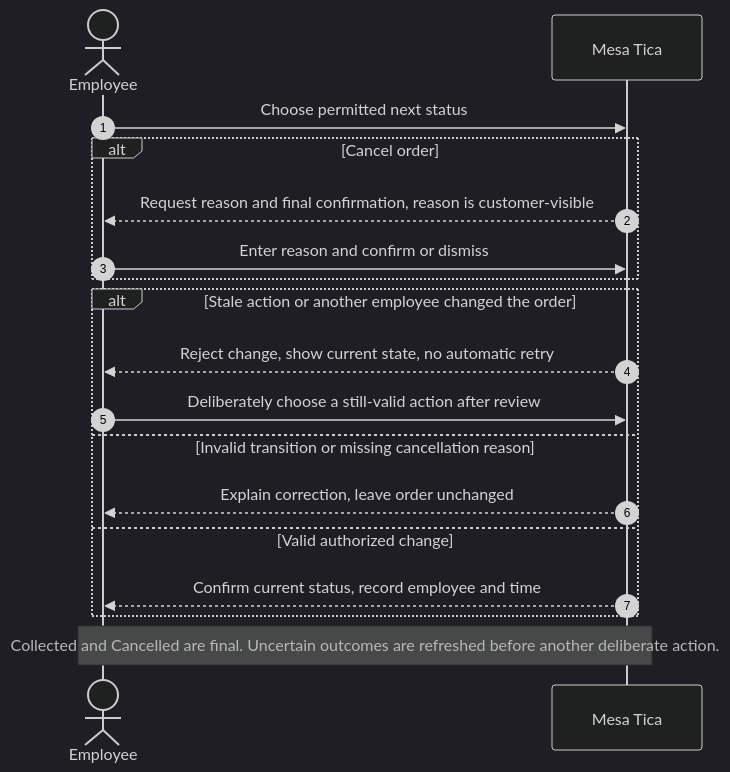
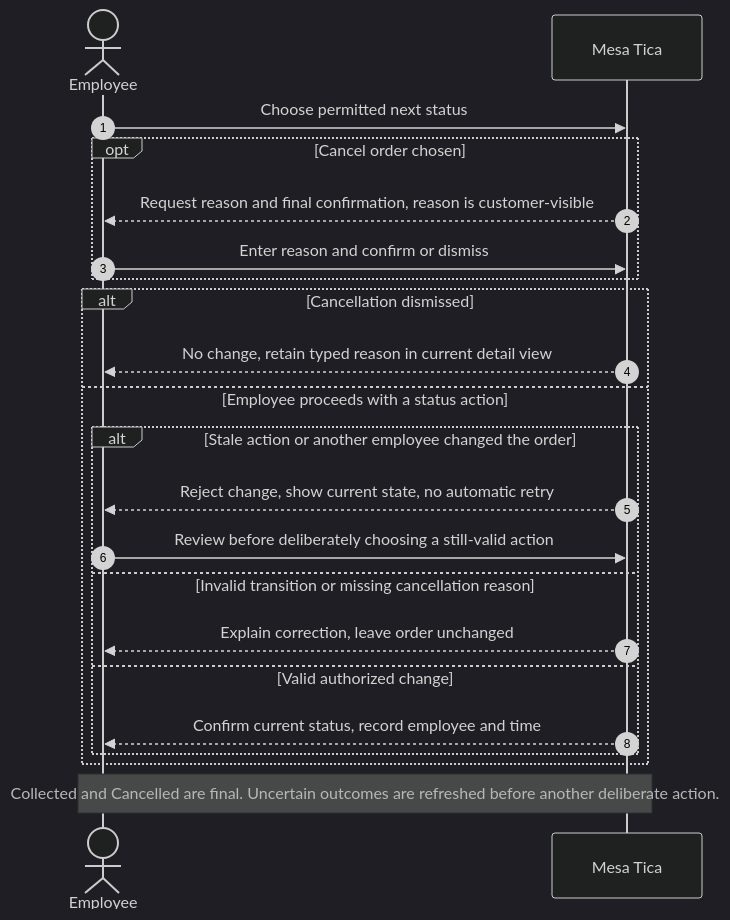
One commit to axantillon/mesa-tica changed the diagram in design/diagrams/B3-transition.mmd. Above: the diagram before and after it, drawn with Mermaid (dark theme). The commit also changed 5 other files, not shown here.

```diff
--- a/design/diagrams/B3-transition.mmd
+++ b/design/diagrams/B3-transition.mmd
@@ -1,18 +1,22 @@
 sequenceDiagram
     autonumber
     actor Employee
     participant Product as Mesa Tica
     Employee->>Product: Choose permitted next status
-    alt Cancel order
+    opt Cancel order chosen
     Product-->>Employee: Request reason and final confirmation, reason is customer-visible
     Employee->>Product: Enter reason and confirm or dismiss
     end
+    alt Cancellation dismissed
+    Product-->>Employee: No change, retain typed reason in current detail view
+    else Employee proceeds with a status action
     alt Stale action or another employee changed the order
     Product-->>Employee: Reject change, show current state, no automatic retry
-    Employee->>Product: Deliberately choose a still-valid action after review
+    Employee->>Product: Review before deliberately choosing a still-valid action
     else Invalid transition or missing cancellation reason
     Product-->>Employee: Explain correction, leave order unchanged
     else Valid authorized change
     Product-->>Employee: Confirm current status, record employee and time
     end
+    end
     Note over Employee,Product: Collected and Cancelled are final. Uncertain outcomes are refreshed before another deliberate action.
```
